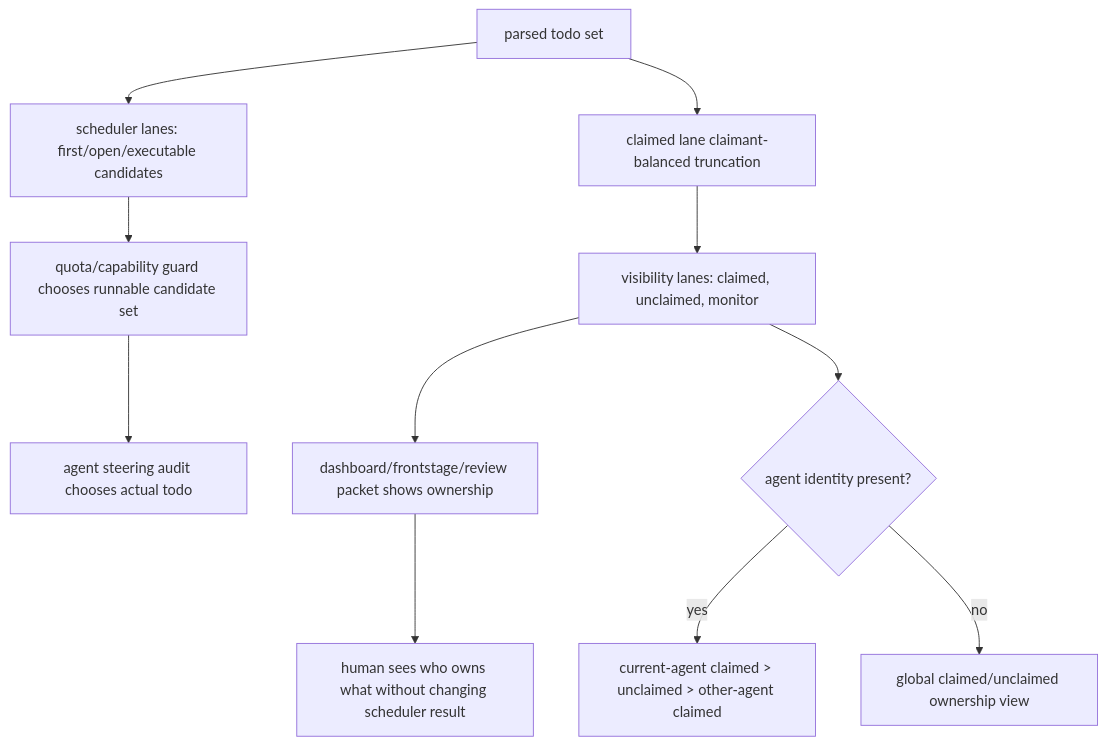
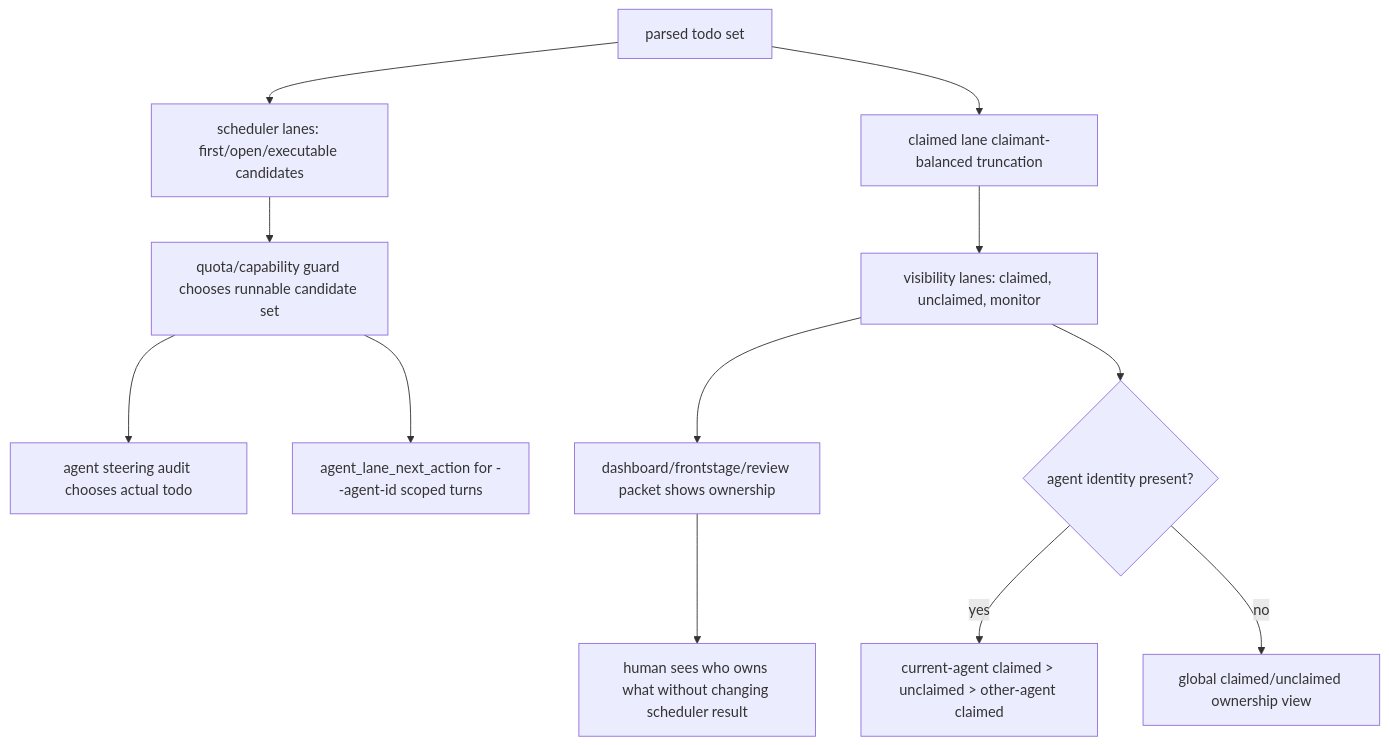
Before and after one commit to huangruiteng/goal-harness: diagram 19 of 26 in docs/interaction-pattern-catalog.md, drawn with Mermaid. The commit also changed other lines of this file and 7 other files, not shown here.

Commit message:
fix: project agent-lane next action (#410)

````diff
--- a/docs/interaction-pattern-catalog.md
+++ b/docs/interaction-pattern-catalog.md
@@ -1219,13 +1231,14 @@
 ```mermaid
 flowchart TD
   T["parsed todo set"] --> S["scheduler lanes: first/open/executable candidates"]
   T --> B["claimed lane claimant-balanced truncation"]
   B --> V["visibility lanes: claimed, unclaimed, monitor"]
   S --> Q["quota/capability guard chooses runnable candidate set"]
   Q --> A["agent steering audit chooses actual todo"]
+  Q --> N["agent_lane_next_action for --agent-id scoped turns"]
   V --> F["dashboard/frontstage/review packet shows ownership"]
   V --> C{"agent identity present?"}
   C -->|"yes"| M["current-agent claimed > unclaimed > other-agent claimed"]
   C -->|"no"| G["global claimed/unclaimed ownership view"]
   F --> H["human sees who owns what without changing scheduler result"]
 ```
````
